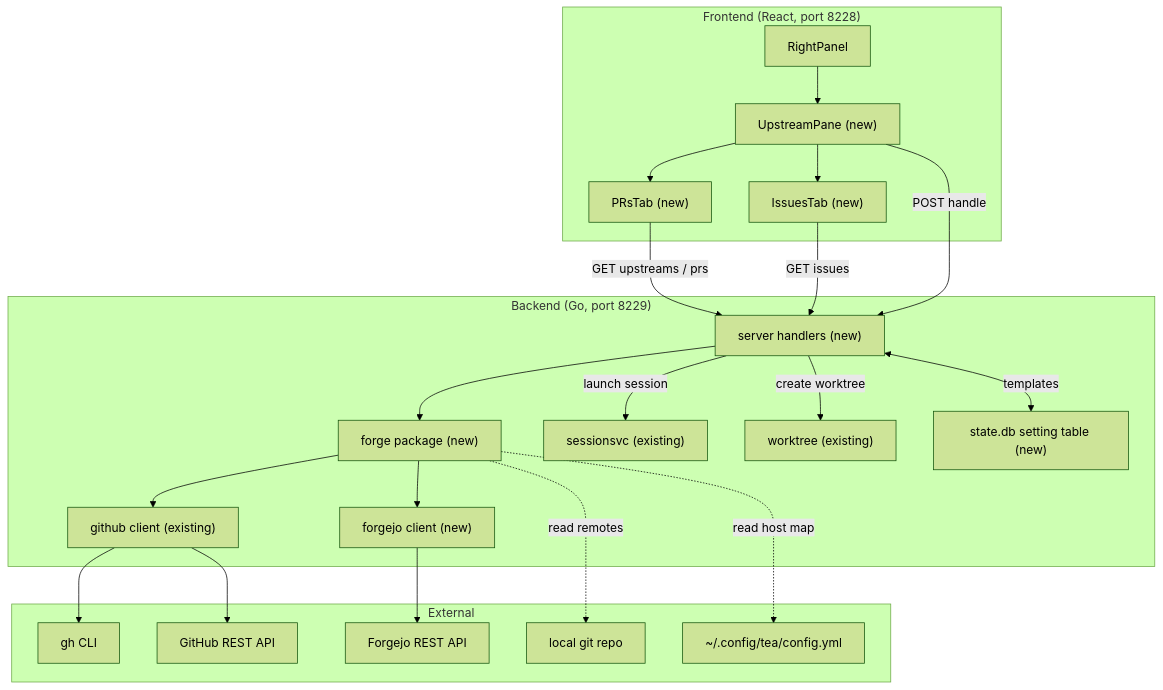
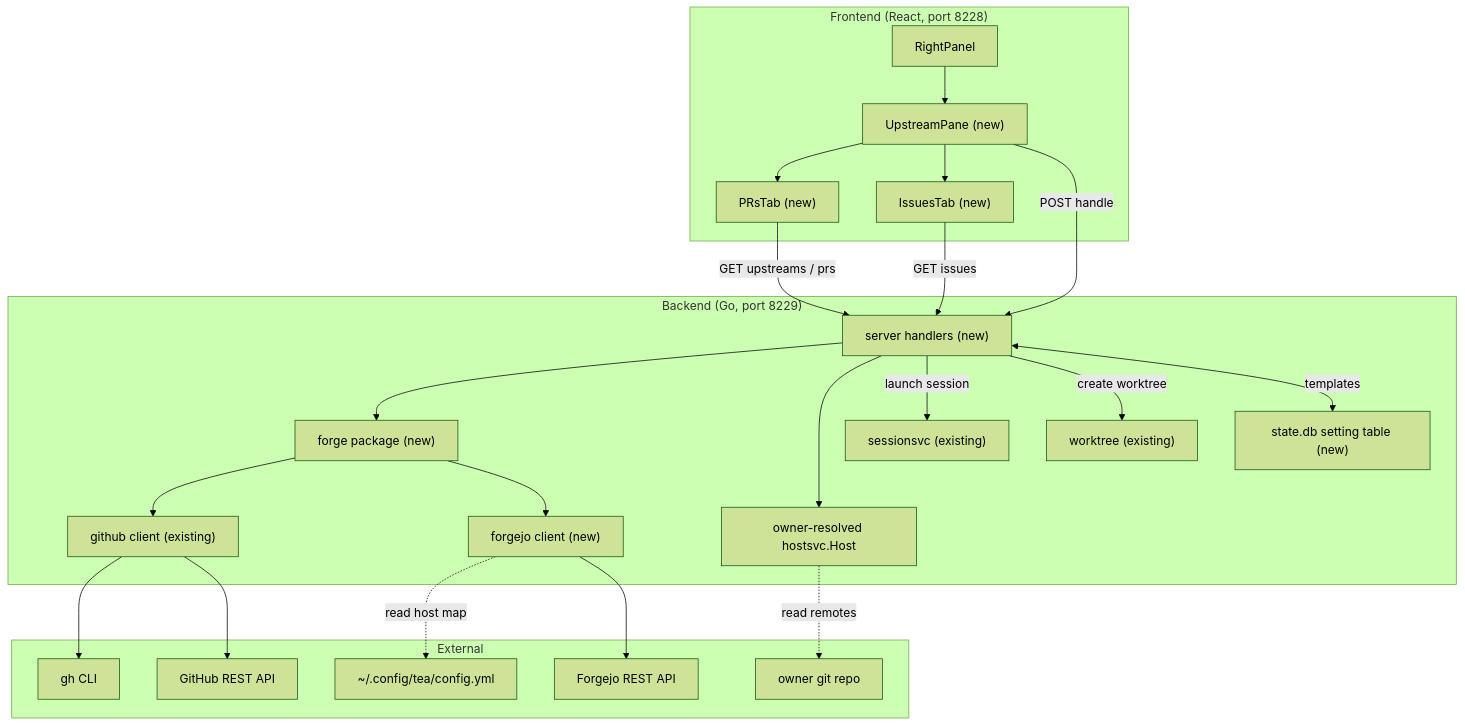
The first of 7 diagrams in spec/pr-issue-sidebar/architecture.md (ocman/ocman), drawn with Mermaid (forest theme) before and after one commit. The commit also changed other lines of this file and 62 other files, not shown here.

````diff
--- a/spec/pr-issue-sidebar/architecture.md
+++ b/spec/pr-issue-sidebar/architecture.md
@@ -41,47 +41,49 @@
 ```mermaid
 graph TD
     subgraph Frontend["Frontend (React, port 8228)"]
         RP["RightPanel"]
         UP["UpstreamPane (new)"]
         PRT["PRsTab (new)"]
         IST["IssuesTab (new)"]
         RP --> UP
         UP --> PRT
         UP --> IST
     end
 
     subgraph Backend["Backend (Go, port 8229)"]
         H["server handlers (new)"]
         FR["forge package (new)"]
         FRG["forgejo client (new)"]
         GHC["github client (existing)"]
         WT["worktree (existing)"]
         SS["sessionsvc (existing)"]
+        HS["owner-resolved hostsvc.Host"]
         ST["state.db setting table (new)"]
     end
 
     subgraph External["External"]
         GH["GitHub REST API"]
         FJ["Forgejo REST API"]
         Tea["~/.config/tea/config.yml"]
         GhCLI["gh CLI"]
-        Git["local git repo"]
+        Git["owner git repo"]
     end
 
     PRT -->|GET upstreams / prs| H
     IST -->|GET issues| H
     UP -->|POST handle| H
 
     H --> FR
+    H --> HS
     FR --> GHC
     FR --> FRG
-    FR -.->|read remotes| Git
-    FR -.->|read host map| Tea
+    HS -.->|read remotes| Git
+    FRG -.->|read host map| Tea
     GHC --> GhCLI
     GHC --> GH
     FRG --> FJ
 
     H -->|launch session| SS
     H -->|create worktree| WT
     H <-->|templates| ST
 ```
````
